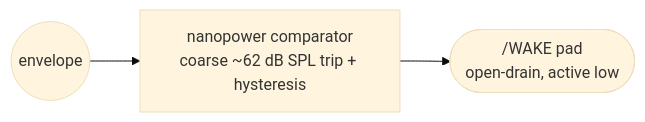
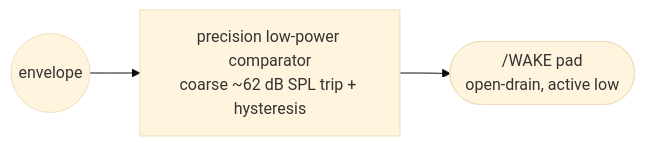
One commit to zackees/soundwake changed the fifth of 6 diagrams in README.md. Above: the diagram before and after it, drawn with Mermaid (base theme). The commit also changed other lines of this file and 1 other file, not shown here.

First line of the commit message:
docs: select precision wake comparator (#18)

````diff
--- a/README.md
+++ b/README.md
@@ -172,5 +172,5 @@
 ```mermaid
 flowchart LR
-    S3IN(("envelope")) --> CMP["nanopower comparator<br/>coarse ~62 dB SPL trip + hysteresis"]
+    S3IN(("envelope")) --> CMP["precision low-power comparator<br/>coarse ~62 dB SPL trip + hysteresis"]
     CMP --> WK(["/WAKE pad<br/>open-drain, active low"])
 ```
````
